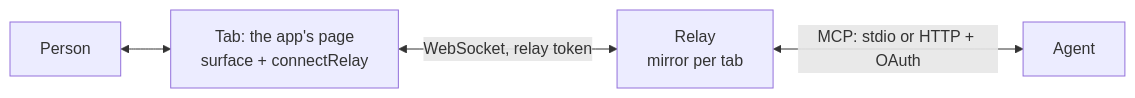
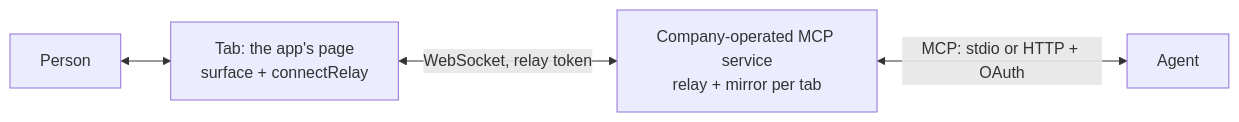
The diagram in docs/relay.md (summationai/agent-experience), drawn with Mermaid before and after one commit. The commit also changed other lines of this file and 162 other files, not shown here.

Commit message:
smooth out the flow...

````diff
--- a/docs/relay.md
+++ b/docs/relay.md
@@ -5,6 +5,6 @@
 ```mermaid
 flowchart LR
   P[Person] <--> T[Tab: the app's page<br/>surface + connectRelay]
-  T <-- WebSocket, relay token --> R[Relay<br/>mirror per tab]
+  T <-- WebSocket, relay token --> R[Company-operated MCP service<br/>relay + mirror per tab]
   R <-- MCP: stdio or HTTP + OAuth --> A[Agent]
 ```
````
